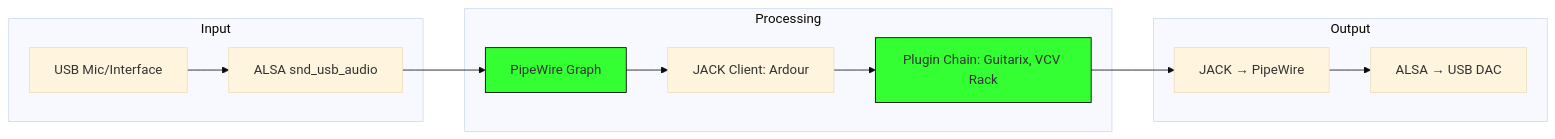
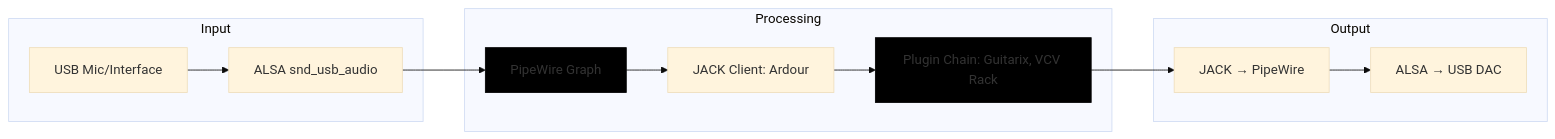
The first of 4 diagrams in README.md (ALH477/ArchibaldOS), drawn with Mermaid (base theme) before and after one commit. The commit also changed other lines of this file, not shown here.

````diff
--- a/README.md
+++ b/README.md
@@ -50,20 +50,20 @@
 ```mermaid
 graph LR
     subgraph "Input"
         A[USB Mic/Interface] --> B[ALSA snd_usb_audio]
     end
 
     subgraph "Processing"
         B --> C[PipeWire Graph]
         C --> D[JACK Client: Ardour]
         D --> E[Plugin Chain: Guitarix, VCV Rack]
     end
 
     subgraph "Output"
         E --> F[JACK → PipeWire]
         F --> G[ALSA → USB DAC]
     end
 
-    style C fill:#33ff33,stroke:#000
-    style E fill:#33ff33,stroke:#000
+    style C fill:#000000,stroke:#000
+    style E fill:#000000,stroke:#000
 ```
````
